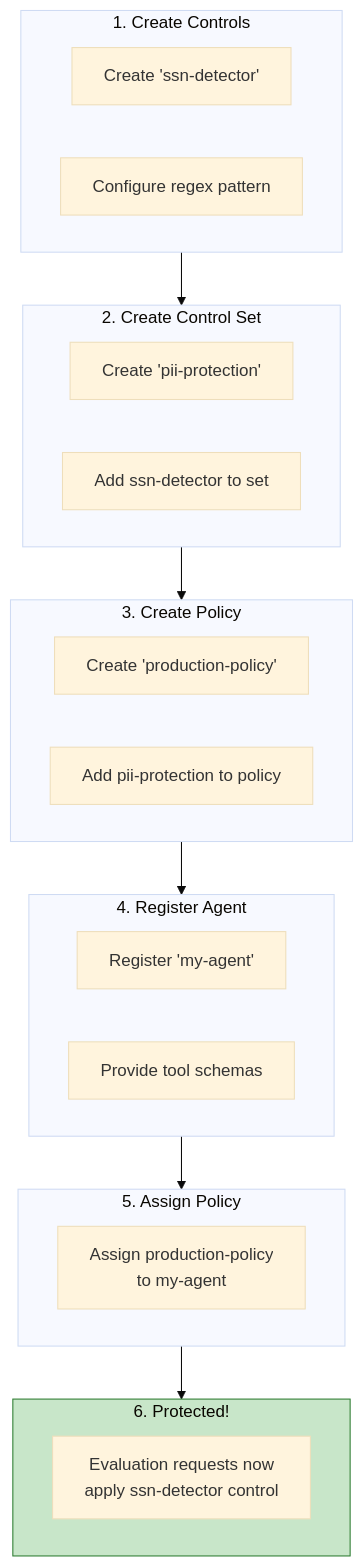
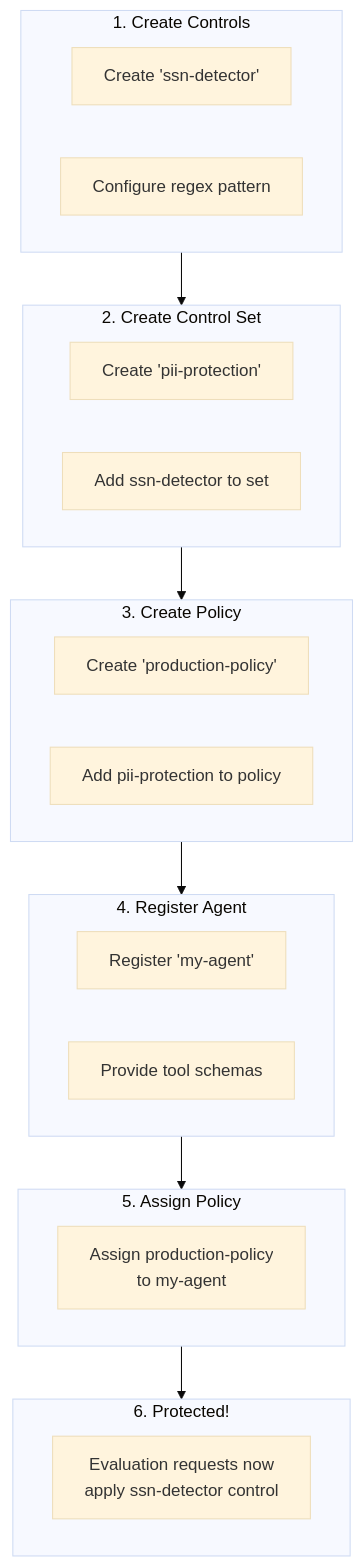
One commit to agentcontrol/agent-control changed the sixth of 6 diagrams in diagrams/07-agent-lifecycle.md. Above: the diagram before and after it, drawn with Mermaid (base theme). The commit also changed other lines of this file and 9 other files, not shown here.

````diff
--- a/diagrams/07-agent-lifecycle.md
+++ b/diagrams/07-agent-lifecycle.md
@@ -156,38 +149,36 @@
 ```mermaid
 flowchart TD
     subgraph step1["1. Create Controls"]
         c1["Create 'ssn-detector'"]
         c2["Configure regex pattern"]
     end
 
     subgraph step2["2. Create Control Set"]
         cs1["Create 'pii-protection'"]
         cs2["Add ssn-detector to set"]
     end
 
     subgraph step3["3. Create Policy"]
         p1["Create 'production-policy'"]
         p2["Add pii-protection to policy"]
     end
 
     subgraph step4["4. Register Agent"]
         a1["Register 'my-agent'"]
         a2["Provide tool schemas"]
     end
 
     subgraph step5["5. Assign Policy"]
         assign["Assign production-policy<br/>to my-agent"]
     end
 
     subgraph step6["6. Protected!"]
         eval["Evaluation requests now<br/>apply ssn-detector control"]
     end
 
     step1 --> step2
     step2 --> step3
     step3 --> step4
     step4 --> step5
     step5 --> step6
-
-    style step6 fill:#c8e6c9,stroke:#2e7d32
 ```
````
